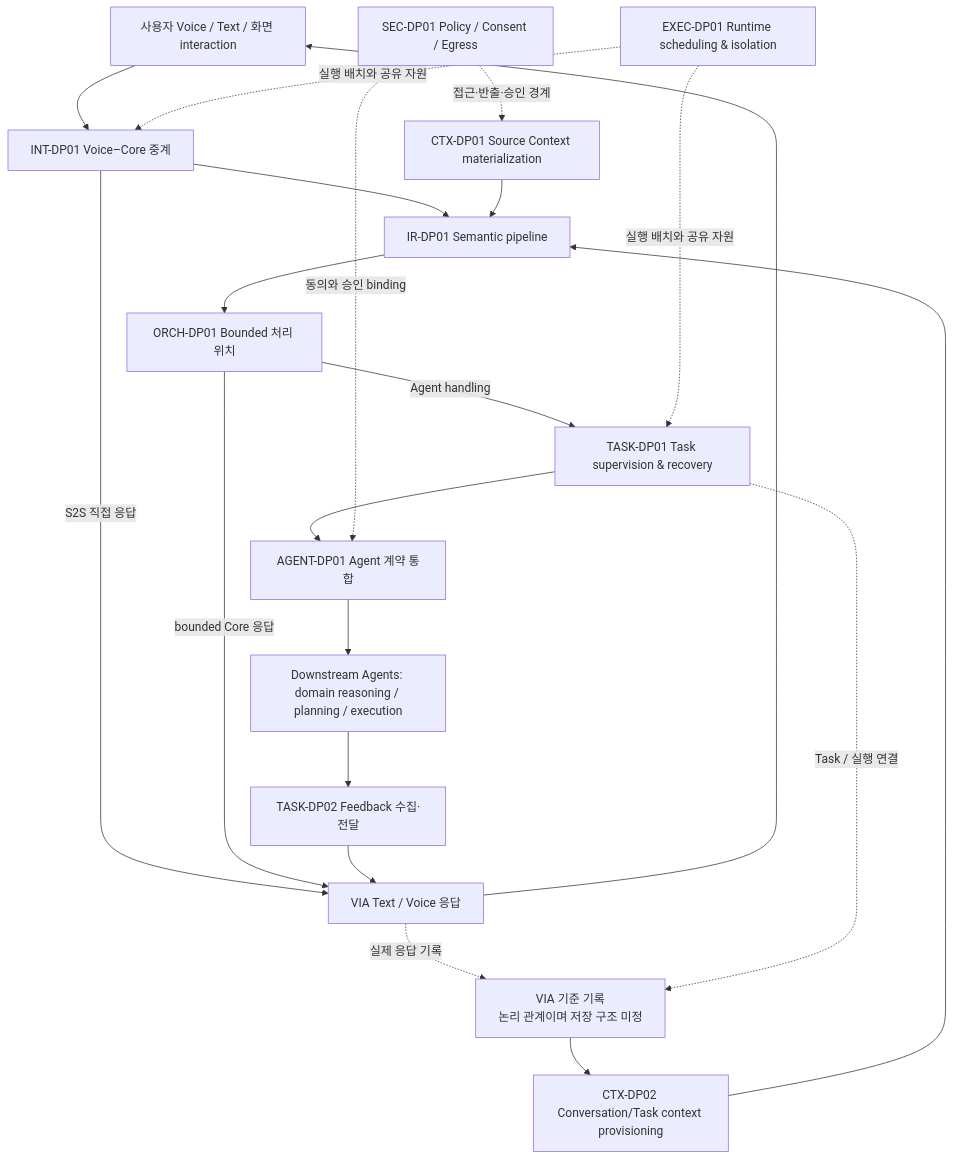
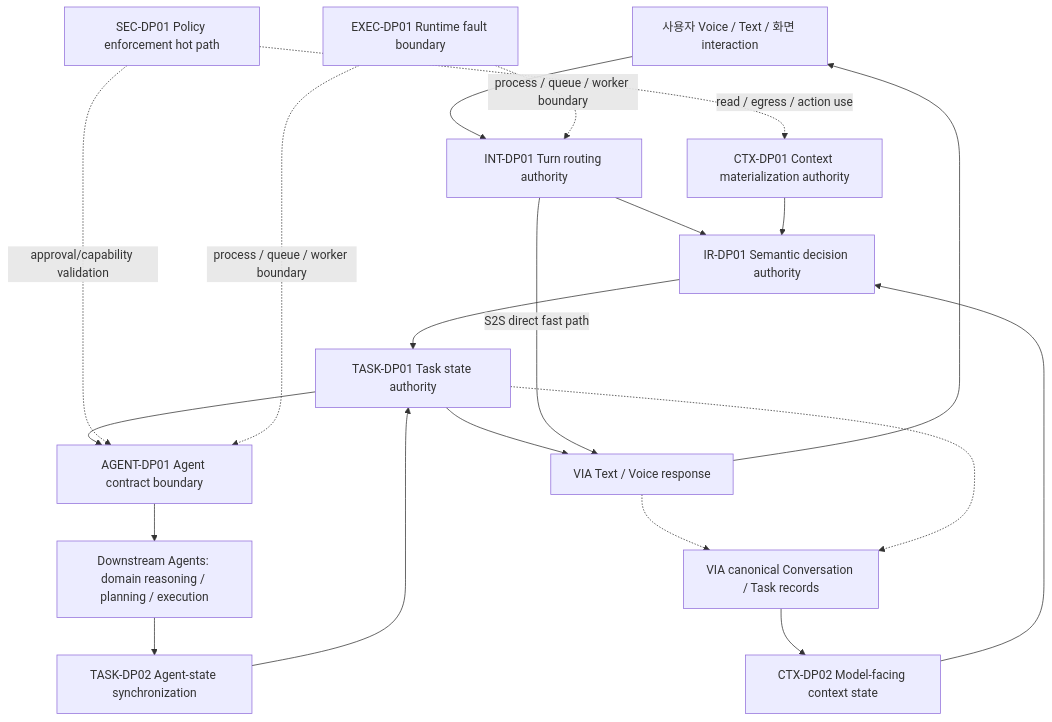
The diagram in docs/rebaseline/12-01-dp-master-catalog.md (cbyche/via-sw-architecture), drawn with Mermaid before and after one commit. The commit also changed other lines of this file and 3 other files, not shown here.

Commit message:
docs: refine DPs with mutually exclusive architecture alternatives

````diff
--- a/docs/rebaseline/12-01-dp-master-catalog.md
+++ b/docs/rebaseline/12-01-dp-master-catalog.md
@@ -51,37 +63,36 @@
 ```mermaid
 flowchart TB
     USER["사용자 Voice / Text / 화면 interaction"]
-    V["INT-DP01 Voice–Core 중계"]
-    S["IR-DP01 Semantic pipeline"]
-    C["CTX-DP01 Source Context materialization"]
-    H["CTX-DP02 Conversation/Task context provisioning"]
-    P["ORCH-DP01 Bounded 처리 위치"]
-    T["TASK-DP01 Task supervision & recovery"]
-    A["AGENT-DP01 Agent 계약 통합"]
-    E["TASK-DP02 Feedback 수집·전달"]
-    SEC["SEC-DP01 Policy / Consent / Egress"]
-    RT["EXEC-DP01 Runtime scheduling & isolation"]
+    V["INT-DP01 Turn routing authority"]
+    S["IR-DP01 Semantic decision authority"]
+    C["CTX-DP01 Context materialization authority"]
+    H["CTX-DP02 Model-facing context state"]
+    T["TASK-DP01 Task state authority"]
+    A["AGENT-DP01 Agent contract boundary"]
+    E["TASK-DP02 Agent-state synchronization"]
+    SEC["SEC-DP01 Policy enforcement hot path"]
+    RT["EXEC-DP01 Runtime fault boundary"]
     DOWN["Downstream Agents: domain reasoning / planning / execution"]
+    RESP["VIA Text / Voice response"]
+    STORE["VIA canonical Conversation / Task records"]
+
     USER --> V
     V --> S
     C --> S
     H --> S
-    S --> P
-    RESP["VIA Text / Voice 응답"]
-    STORE["VIA 기준 기록<br/>논리 관계이며 저장 구조 미정"]
-    V -->|"S2S 직접 응답"| RESP
-    P -->|"bounded Core 응답"| RESP
-    P -->|"Agent handling"| T
+    S --> T
     T --> A
     A --> DOWN
     DOWN --> E
-    E --> RESP
+    E --> T
+    T --> RESP
+    V -->|"S2S direct fast path"| RESP
     RESP --> USER
-    RESP -. "실제 응답 기록" .-> STORE
-    T -. "Task / 실행 연결" .-> STORE
+    RESP -.-> STORE
+    T -.-> STORE
     STORE --> H
-    SEC -. "접근·반출·승인 경계" .-> C
-    SEC -. "동의와 승인 binding" .-> A
-    RT -. "실행 배치와 공유 자원" .-> V
-    RT -. "실행 배치와 공유 자원" .-> T
+    SEC -. "read / egress / action use" .-> C
+    SEC -. "approval/capability validation" .-> A
+    RT -. "process / queue / worker boundary" .-> V
+    RT -. "process / queue / worker boundary" .-> A
 ```
````
